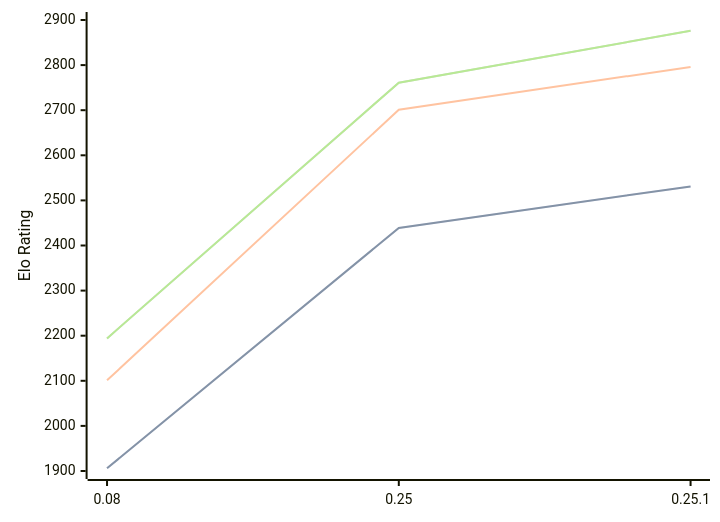
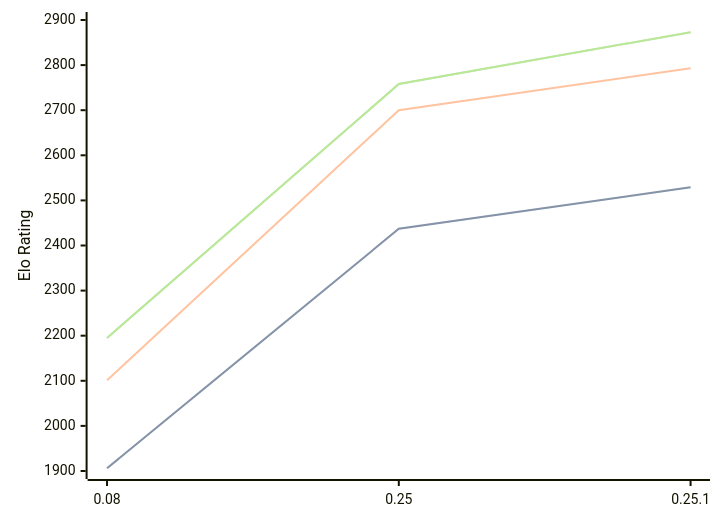
One commit to computer-chess-index/cci changed the diagram in engines/Gecko.md. Above: the diagram before and after it, drawn with Mermaid. The commit also changed other lines of this file, not shown here.

Commit message:
Update CCI Ratings (ELO VLTC) - 2026-04-23

````diff
--- a/engines/Gecko.md
+++ b/engines/Gecko.md
@@ -33,11 +33,11 @@
 ```mermaid
 %%{init: {"theme":"base","themeVariables":{"seriesColors:['#a3a3a3','#222221','#faa371']}}}%%
 xychart-beta
   x-axis ["0.08", "0.25", "0.25.1"]
   y-axis "Elo Rating" 1900 --> 2900
-  line "STC (8.0+0.08s)" [1906, 2439, 2531]
-  line "STC (8.0+0.08s)" [1906, 2439, 2531]
-  line "LTC (60.0+0.60s)" [2101, 2701, 2796]
-  line "VLTC (2m24s+1.12s)" [2194, 2761, 2876]
-  line "VLTC (2m24s+1.12s)" [2194, 2761, 2876]
+  line "STC (8.0+0.08s)" [1906, 2437, 2529]
+  line "STC (8.0+0.08s)" [1906, 2437, 2529]
+  line "LTC (60.0+0.60s)" [2101, 2700, 2793]
+  line "VLTC (2m24s+1.12s)" [2195, 2758, 2873]
+  line "VLTC (2m24s+1.12s)" [2195, 2758, 2873]
 ```
````
